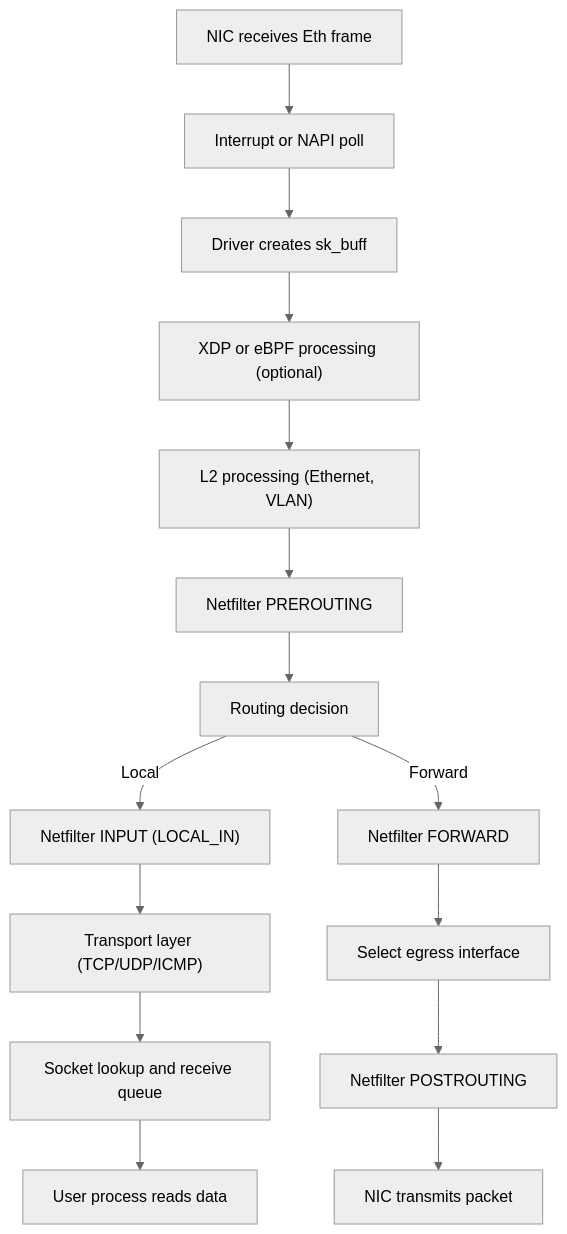
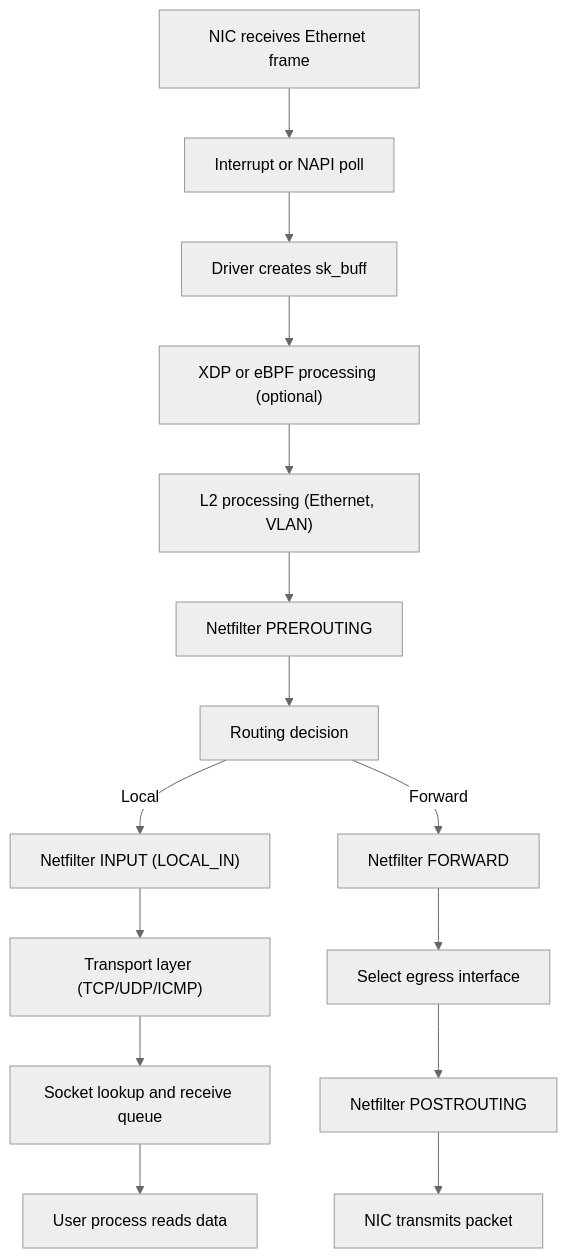
Before and after one commit to ansumanm/Docs: the diagram in DeviceDrivers.md, drawn with Mermaid (neutral theme). The commit also changed other lines of this file, not shown here.

````diff
--- a/DeviceDrivers.md
+++ b/DeviceDrivers.md
@@ -396,21 +396,21 @@
 ```mermaid
 flowchart TD
-    A["NIC receives Eth frame"] --> B["Interrupt or NAPI poll"]
+    A["NIC receives Ethernet frame"] --> B["Interrupt or NAPI poll"]
     B --> C["Driver creates sk_buff"]
     C --> D["XDP or eBPF processing (optional)"]
     D --> E["L2 processing (Ethernet, VLAN)"]
     E --> F["Netfilter PREROUTING"]
     F --> G["Routing decision"]
 
     %% Local delivery path
     G -->|Local| H["Netfilter INPUT (LOCAL_IN)"]
     H --> I["Transport layer (TCP/UDP/ICMP)"]
     I --> J["Socket lookup and receive queue"]
     J --> K["User process reads data"]
 
     %% Forwarding path
     G -->|Forward| L["Netfilter FORWARD"]
     L --> M["Select egress interface"]
     M --> N["Netfilter POSTROUTING"]
     N --> O["NIC transmits packet"]
 ```
````
